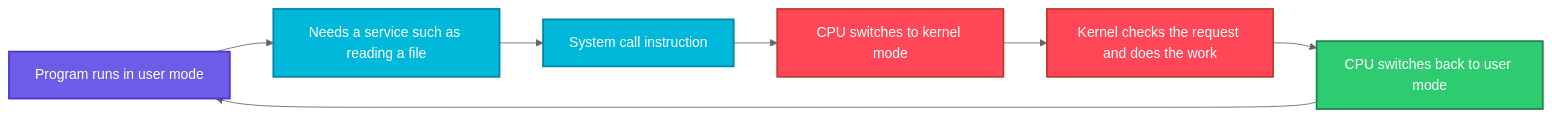
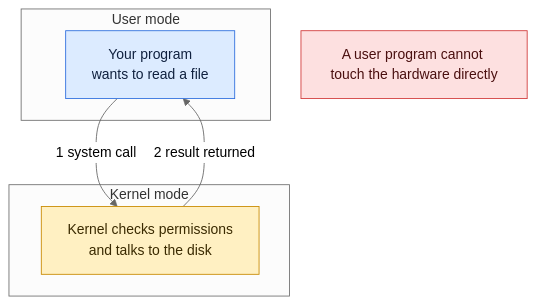
The diagram in linux/os-internals/02-user-mode-and-kernel-mode.md (codeKerdosTech/DevOps-Documentation), drawn with Mermaid (neutral theme) before and after one commit. The commit also changed other lines of this file and 165 other files, not shown here.

Commit message:
updated diagrams in linux

````diff
--- a/linux/os-internals/02-user-mode-and-kernel-mode.md
+++ b/linux/os-internals/02-user-mode-and-kernel-mode.md
@@ -23,18 +23,20 @@
 ```mermaid
-flowchart LR
-    A[Program runs in user mode] --> B[Needs a service such as reading a file]
-    B --> C[System call instruction]
-    C --> D[CPU switches to kernel mode]
-    D --> E[Kernel checks the request and does the work]
-    E --> F[CPU switches back to user mode]
-    F --> A
-    classDef start fill:#6C5CE7,stroke:#4834D4,stroke-width:2px,color:#fff
-    classDef proc fill:#00B8D9,stroke:#0087A8,stroke-width:2px,color:#fff
-    classDef dec fill:#FFC312,stroke:#E1A100,stroke-width:2px,color:#222
-    classDef ok fill:#2ECC71,stroke:#1E8449,stroke-width:2px,color:#fff
-    classDef err fill:#FF4757,stroke:#C0392B,stroke-width:2px,color:#fff
-    class A start
-    class B,C proc
-    class D,E err
-    class F ok
+flowchart TD
+    subgraph U [User mode]
+        i1[Your program<br/>wants to read a file]
+    end
+    subgraph K [Kernel mode]
+        c1[Kernel checks permissions<br/>and talks to the disk]
+    end
+    i1 -->|1 system call| c1
+    c1 -->|2 result returned| i1
+    x1[A user program cannot touch the hardware directly]
+    classDef inp fill:#DCEBFF,stroke:#2F6FDE,color:#10213F
+    classDef cmd fill:#FFF0C2,stroke:#C98A00,color:#3A2A00
+    classDef out fill:#D9F5E3,stroke:#1F9D55,color:#0B2E1A
+    classDef bad fill:#FDE0E0,stroke:#D13B3B,color:#4A0F0F
+    classDef note fill:#ECEFF3,stroke:#7B8794,color:#1F2933
+    class i1 inp
+    class c1 cmd
+    class x1 bad
 ```
````
